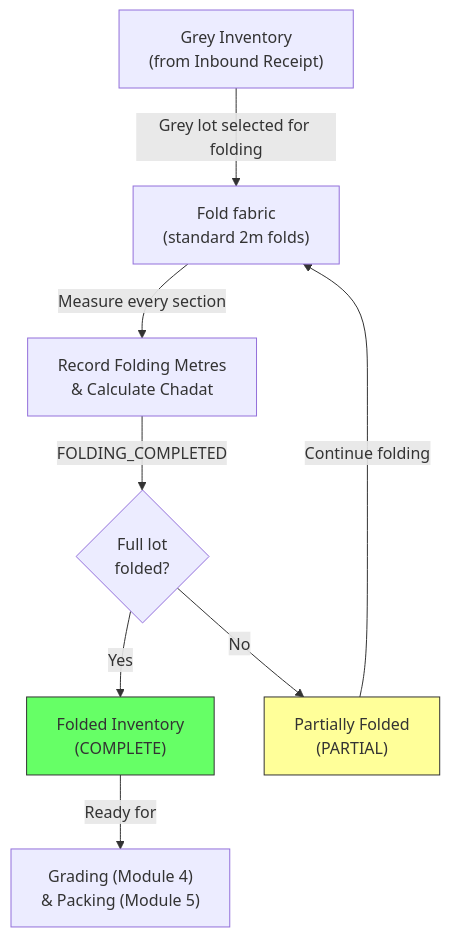
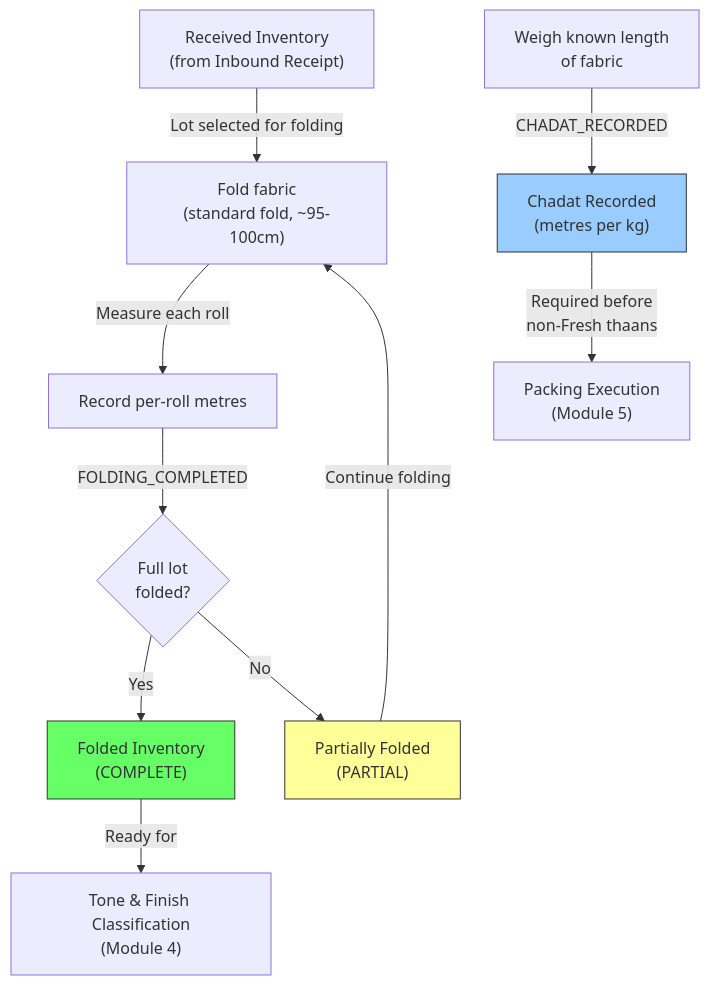
One commit to jetbrodocs/docs-rg-faith changed the diagram in 40-solution-design/rg-faith-miroli/03-folding-measurement.md. Above: the diagram before and after it, drawn with Mermaid. The commit also changed other lines of this file and 35 other files, not shown here.

````diff
--- a/40-solution-design/rg-faith-miroli/03-folding-measurement.md
+++ b/40-solution-design/rg-faith-miroli/03-folding-measurement.md
@@ -235,13 +357,18 @@
 ```mermaid
 flowchart TD
-    A["Grey Inventory\n(from Inbound Receipt)"] -->|"Grey lot selected for folding"| B["Fold fabric\n(standard 2m folds)"]
-    B -->|"Measure every section"| C["Record Folding Metres\n& Calculate Chadat"]
+    A["Received Inventory\n(from Inbound Receipt)"] -->|"Lot selected for folding"| B["Fold fabric\n(standard fold, ~95-100cm)"]
+    B -->|"Measure each roll"| C["Record per-roll metres"]
     C -->|FOLDING_COMPLETED| D{"Full lot\nfolded?"}
     D -->|"Yes"| E["Folded Inventory\n(COMPLETE)"]
     D -->|"No"| F["Partially Folded\n(PARTIAL)"]
     F -->|"Continue folding"| B
-    E -->|"Ready for"| G["Grading (Module 4)\n& Packing (Module 5)"]
+
+    G["Weigh known length\nof fabric"] -->|CHADAT_RECORDED| H["Chadat Recorded\n(metres per kg)"]
+
+    E -->|"Ready for"| I["Tone & Finish Classification\n(Module 4)"]
+    H -->|"Required before\nnon-Fresh thaans"| J["Packing Execution\n(Module 5)"]
 
     style E fill:#6f6,stroke:#333
     style F fill:#ff9,stroke:#333
+    style H fill:#9cf,stroke:#333
 ```
````
